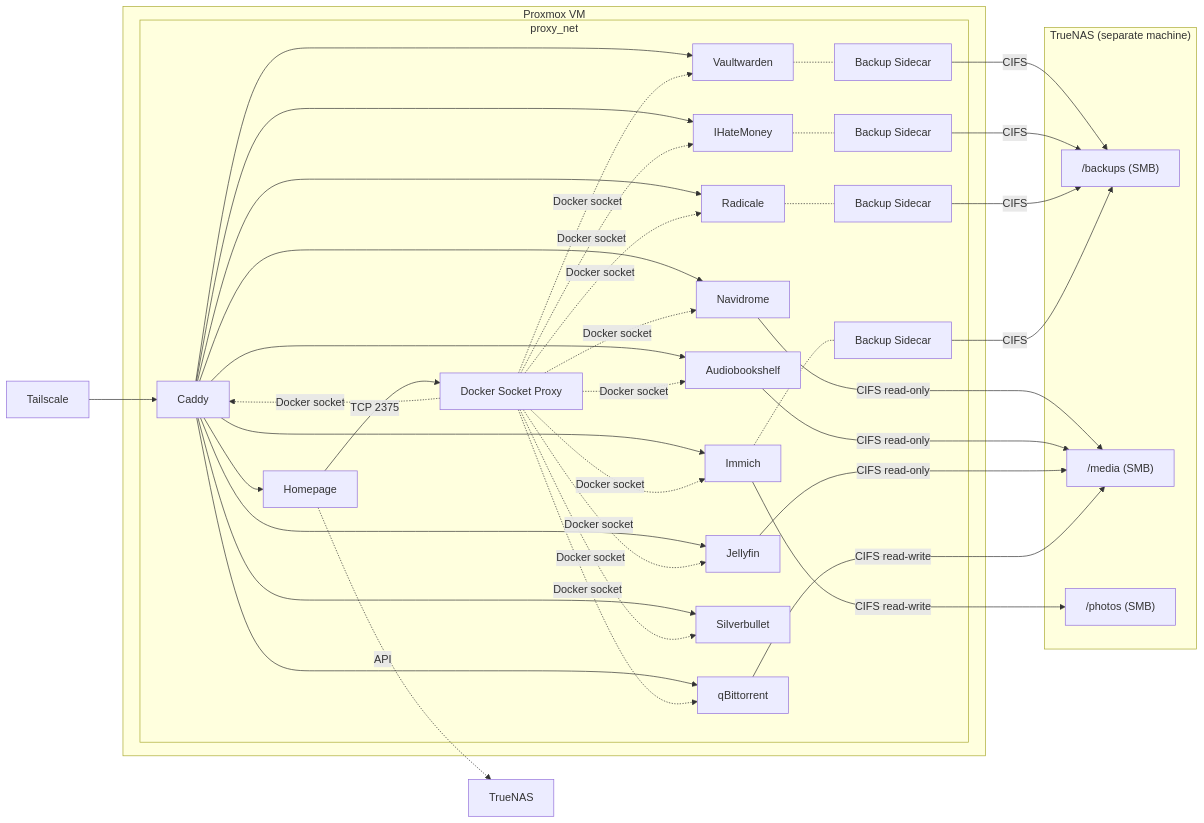
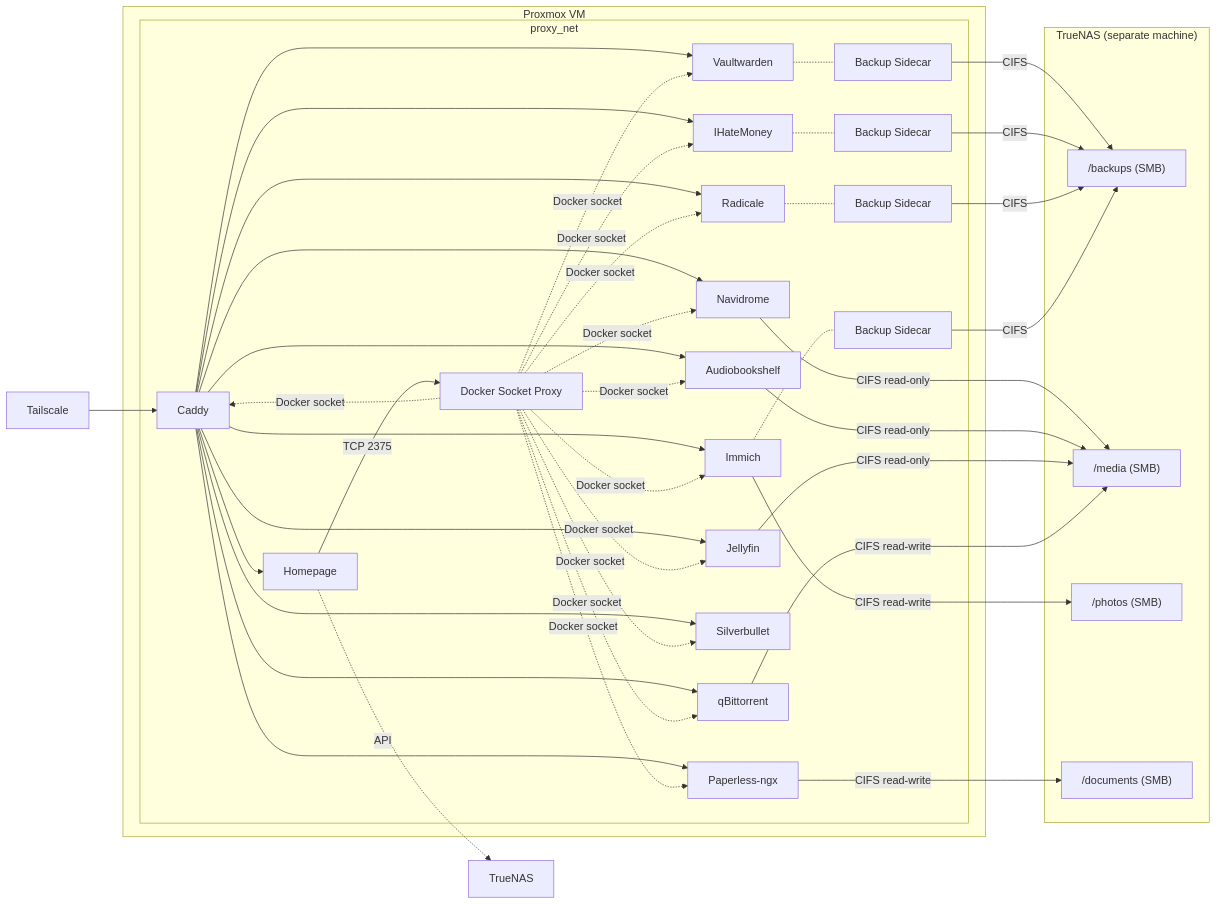
The first of 2 diagrams in README.md (masolnada/homelab), drawn with Mermaid before and after one commit. The commit also changed other lines of this file and 5 other files, not shown here.

Commit message:
feat: add paperless-ngx document management stack

````diff
--- a/README.md
+++ b/README.md
@@ -7,53 +7,57 @@
 ```mermaid
 graph LR
     TS[Tailscale] --> Caddy
 
     subgraph VM["Proxmox VM"]
         subgraph proxy_net
             Caddy --> Homepage
             Caddy --> Vaultwarden
             Caddy --> Navidrome
             Caddy --> Audiobookshelf
             Caddy --> IHateMoney
             Caddy --> Jellyfin
             Caddy --> qBittorrent
             Caddy --> Radicale
             Caddy --> Silverbullet
             Caddy --> Immich[Immich]
+            Caddy --> Paperless[Paperless-ngx]
             Homepage -->|TCP 2375| DockerProxy[Docker Socket Proxy]
             DockerProxy -.->|Docker socket| Caddy
             DockerProxy -.->|Docker socket| Vaultwarden
             DockerProxy -.->|Docker socket| Navidrome
             DockerProxy -.->|Docker socket| Audiobookshelf
             DockerProxy -.->|Docker socket| IHateMoney
             DockerProxy -.->|Docker socket| Jellyfin
             DockerProxy -.->|Docker socket| qBittorrent
             DockerProxy -.->|Docker socket| Radicale
             DockerProxy -.->|Docker socket| Silverbullet
             DockerProxy -.->|Docker socket| Immich
+            DockerProxy -.->|Docker socket| Paperless
             Vaultwarden -.- Backup[Backup Sidecar]
             IHateMoney -.- IHMBackup[Backup Sidecar]
             Radicale -.- RadBackup[Backup Sidecar]
             Immich -.- ImmichBackup[Backup Sidecar]
         end
     end
 
     subgraph NAS["TrueNAS (separate machine)"]
         backups["/backups (SMB)"]
         media["/media (SMB)"]
         photos["/photos (SMB)"]
+        documents["/documents (SMB)"]
     end
 
     Homepage -.->|API| TrueNAS
 
     Backup -->|CIFS| backups
     IHMBackup -->|CIFS| backups
     RadBackup -->|CIFS| backups
     ImmichBackup -->|CIFS| backups
 
     Navidrome -->|CIFS read-only| media
     Audiobookshelf -->|CIFS read-only| media
     Jellyfin -->|CIFS read-only| media
     qBittorrent -->|CIFS read-write| media
     Immich -->|CIFS read-write| photos
+    Paperless -->|CIFS read-write| documents
 ```
````
